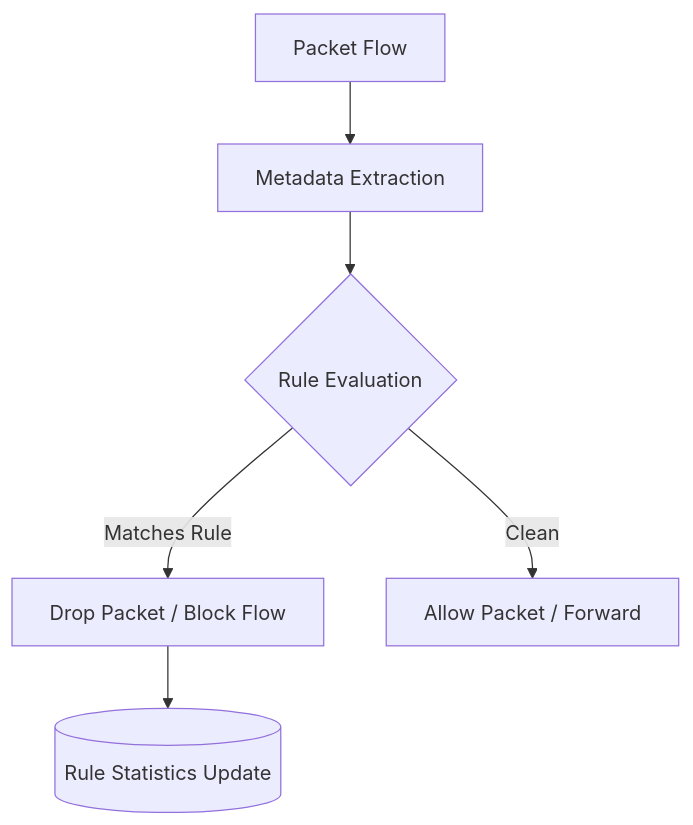
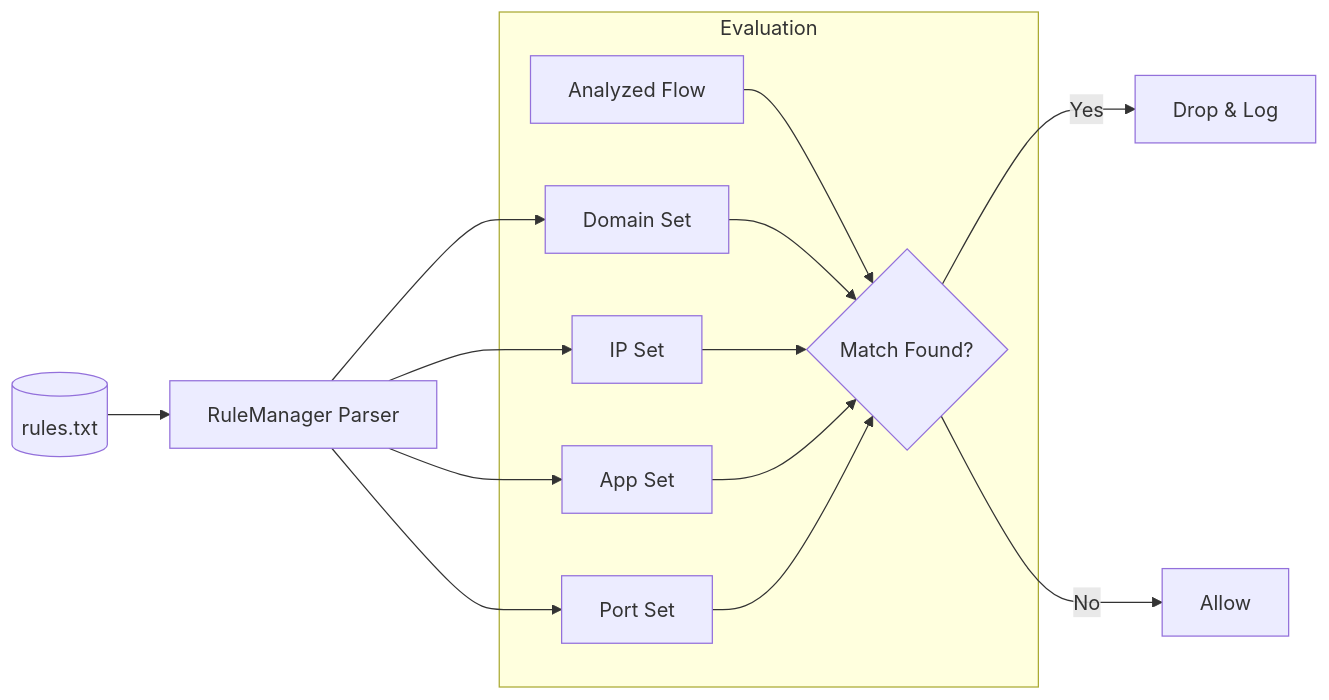
Before and after one commit to NamanKejriwal/DPI-Engine: the fourth of 8 diagrams in README.md, drawn with Mermaid. The commit also changed other lines of this file and 7 other files, not shown here.

Commit message:
Add flow lifecycle management

````diff
--- a/README.md
+++ b/README.md
@@ -149,10 +185,20 @@
 ```mermaid
-flowchart TD
-    P[Packet Flow] --> M[Metadata Extraction]
-    M --> R{Rule Evaluation}
+flowchart LR
+    RulesFile[(rules.txt)] --> Loader[RuleManager Parser]
     
-    R -- Matches Rule --> D[Drop Packet / Block Flow]
-    R -- Clean --> A[Allow Packet / Forward]
+    Loader --> Map1[Domain Set]
+    Loader --> Map2[IP Set]
+    Loader --> Map3[App Set]
+    Loader --> Map4[Port Set]
     
-    D --> S[(Rule Statistics Update)]
+    subgraph Evaluation
+        Incoming[Analyzed Flow] --> Matcher{Match Found?}
+        Map1 --> Matcher
+        Map2 --> Matcher
+        Map3 --> Matcher
+        Map4 --> Matcher
+    end
+    
+    Matcher -- Yes --> Block[Drop & Log]
+    Matcher -- No --> Forward[Allow]
 ```
````
